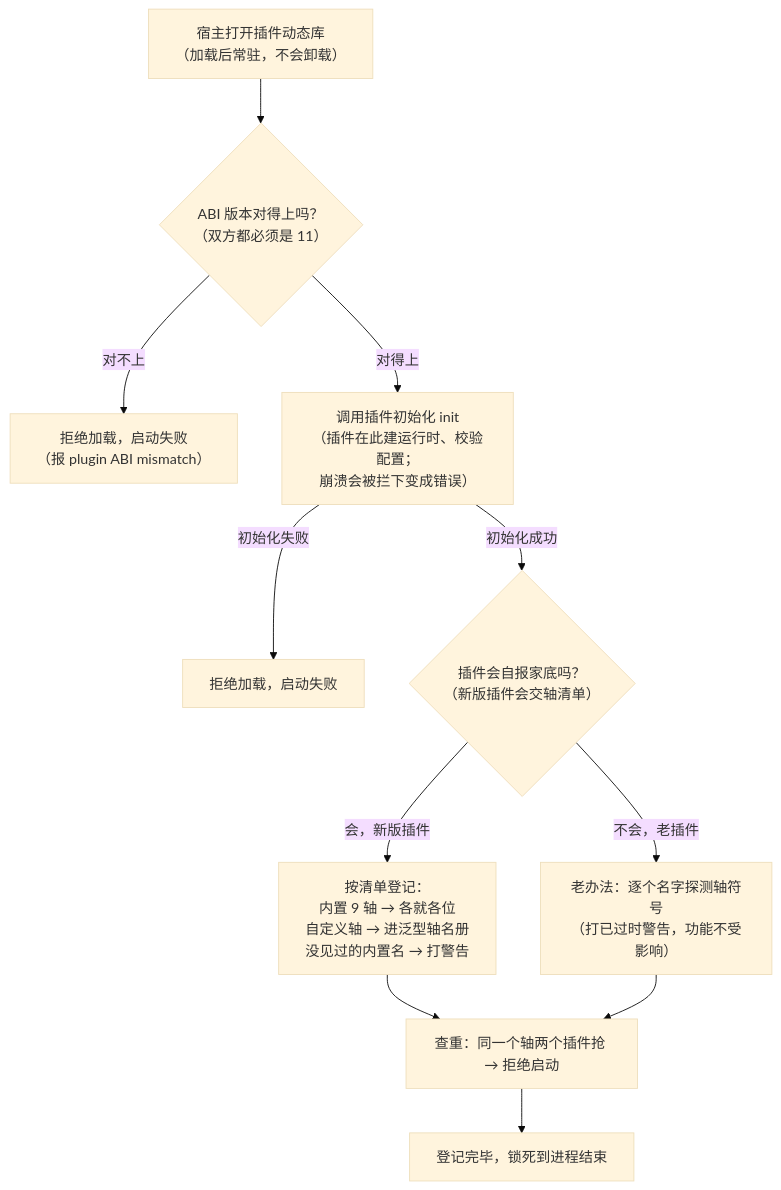
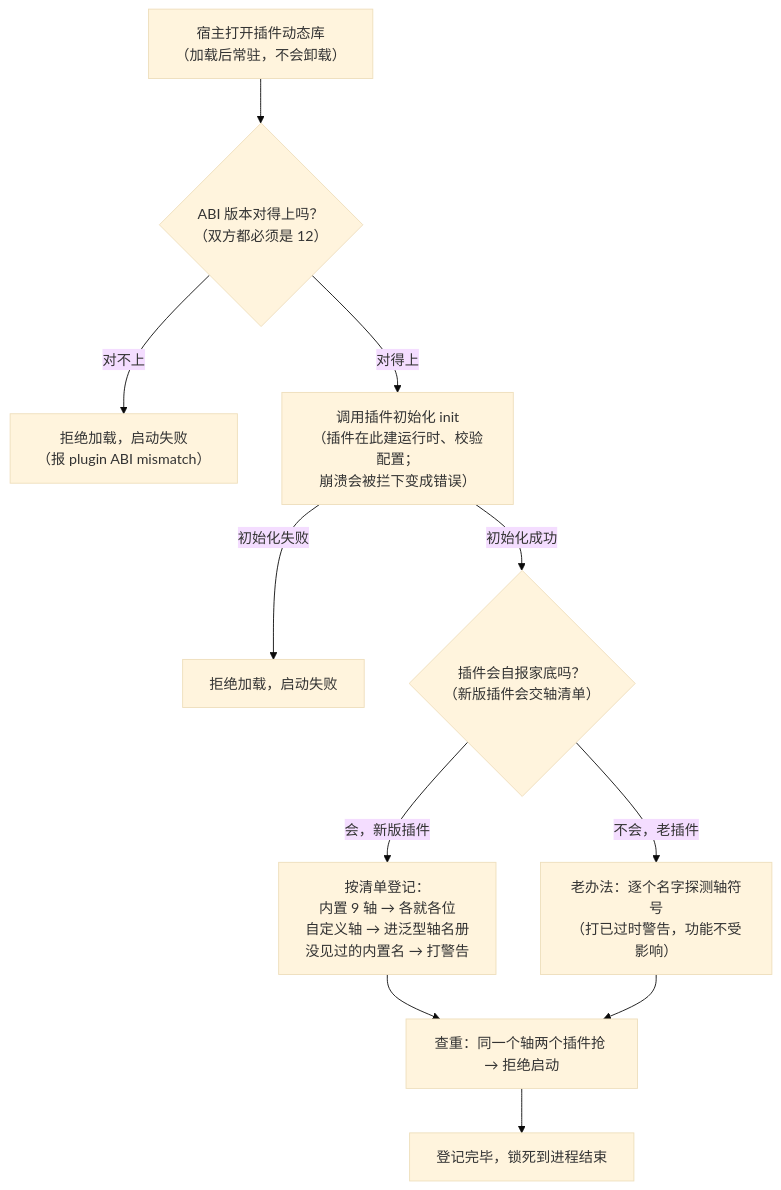
The first of 3 diagrams in docs/plugins/plugin-development.md (everpan/oj-bin), drawn with Mermaid (base theme) before and after one commit. The commit also changed other lines of this file and 43 other files, not shown here.

````diff
--- a/docs/plugins/plugin-development.md
+++ b/docs/plugins/plugin-development.md
@@ -63,13 +63,13 @@
 ```mermaid
 flowchart TD
-    A["宿主打开插件动态库<br/>（加载后常驻，不会卸载）"] --> B{"ABI 版本对得上吗？<br/>（双方都必须是 11）"}
+    A["宿主打开插件动态库<br/>（加载后常驻，不会卸载）"] --> B{"ABI 版本对得上吗？<br/>（双方都必须是 12）"}
     B -->|对不上| X1["拒绝加载，启动失败<br/>（报 plugin ABI mismatch）"]
     B -->|对得上| C["调用插件初始化 init<br/>（插件在此建运行时、校验配置；<br/>崩溃会被拦下变成错误）"]
     C -->|初始化失败| X2["拒绝加载，启动失败"]
     C -->|初始化成功| D{"插件会自报家底吗？<br/>（新版插件会交轴清单）"}
     D -->|会，新版插件| E["按清单登记：<br/>内置 9 轴 → 各就各位<br/>自定义轴 → 进泛型轴名册<br/>没见过的内置名 → 打警告"]
     D -->|不会，老插件| F["老办法：逐个名字探测轴符号<br/>（打已过时警告，功能不受影响）"]
     E --> G["查重：同一个轴两个插件抢 → 拒绝启动"]
     F --> G
     G --> H["登记完毕，锁死到进程结束"]
 ```
````
